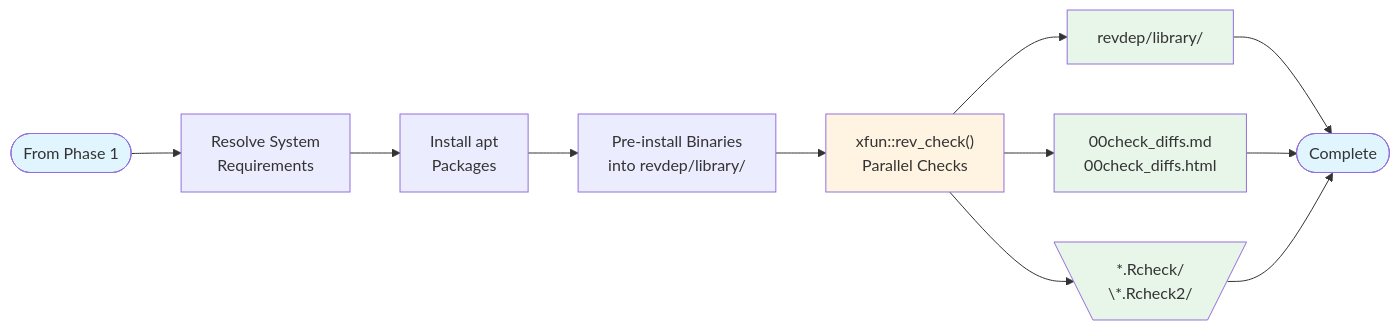
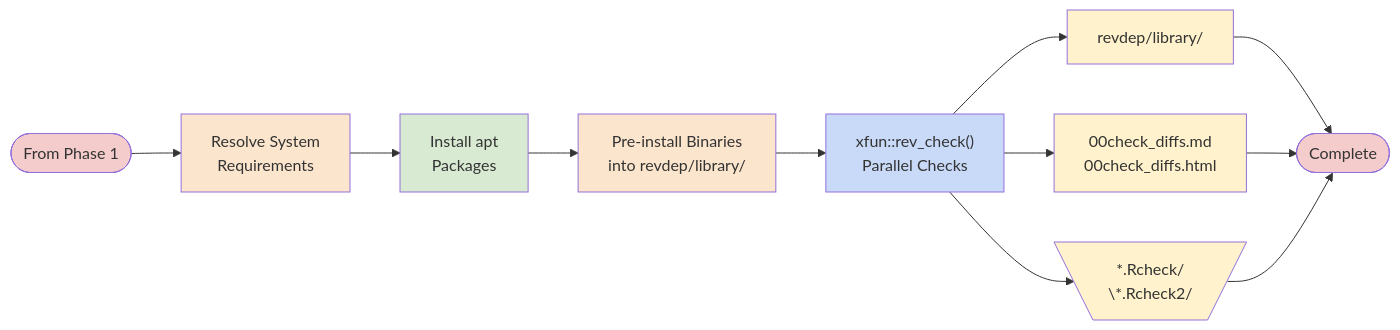
Before and after one commit to nanxstats/revdeprun: the diagram in assets/workflow-phase-2.mermaid, drawn with Mermaid. The commit also changed 3 other files, not shown here.

Commit message:
Improve workflow diagrams with pastel color palette

```diff
--- a/assets/workflow-phase-2.mermaid
+++ b/assets/workflow-phase-2.mermaid
@@ -1,20 +1,23 @@
 flowchart LR
     Start([From Phase 1]) --> ResolveSys[Resolve System<br/>Requirements]
     ResolveSys --> InstallSys[Install apt<br/>Packages]
     InstallSys --> PreInstall[Pre-install Binaries<br/>into revdep/library/]
     PreInstall --> RunCheck[xfun::rev_check#40;#41;<br/>Parallel Checks]
 
     RunCheck --> Output1[revdep/library/]
     RunCheck --> Output2[00check_diffs.md<br/>00check_diffs.html]
     RunCheck --> Output3[\*.Rcheck/<br/>\*.Rcheck2//]
 
     Output1 --> End([Complete])
     Output2 --> End
     Output3 --> End
 
-    style Start fill:#e1f5ff
-    style End fill:#e1f5ff
-    style RunCheck fill:#fff4e1
-    style Output1 fill:#e8f5e9
-    style Output2 fill:#e8f5e9
-    style Output3 fill:#e8f5e9
+    style Start fill:#f4cccc
+    style End fill:#f4cccc
+    style ResolveSys fill:#fce5cd
+    style InstallSys fill:#d9ead3
+    style PreInstall fill:#fce5cd
+    style RunCheck fill:#c9daf8
+    style Output1 fill:#fff2cc
+    style Output2 fill:#fff2cc
+    style Output3 fill:#fff2cc
```
